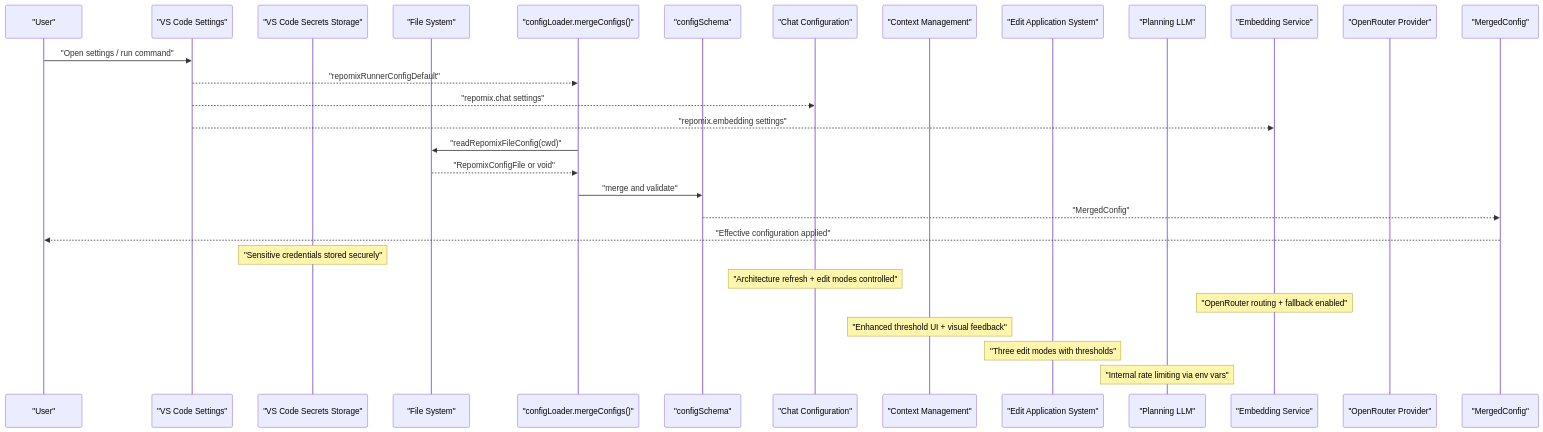
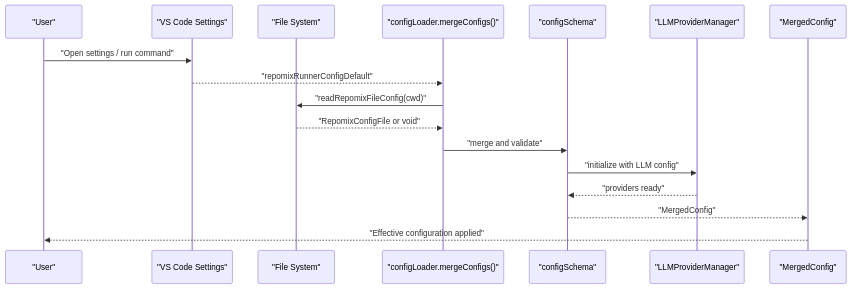
The second of 7 diagrams in .qoder/repowiki/en/content/Configuration Management/Configuration Management.md (bramburn/repomix-runner), drawn with Mermaid before and after one commit. The commit also changed other lines of this file and 41 other files, not shown here.

First line of the commit message:
feat(config): implement auto-generated Qdrant collection names and streamline settings

````diff
--- a/.qoder/repowiki/en/content/Configuration Management/Configuration Management.md
+++ b/.qoder/repowiki/en/content/Configuration Management/Configuration Management.md
@@ -191,31 +150,19 @@
 ```mermaid
 sequenceDiagram
 participant User as "User"
 participant VSCode as "VS Code Settings"
-participant Secrets as "VS Code Secrets Storage"
 participant FS as "File System"
 participant Loader as "configLoader.mergeConfigs()"
 participant Schema as "configSchema"
-participant ChatCfg as "Chat Configuration"
-participant ContextMgr as "Context Management"
-participant EditApplier as "Edit Application System"
-participant Planning as "Planning LLM"
-participant Embedding as "Embedding Service"
-participant OpenRouter as "OpenRouter Provider"
+participant LLM as "LLMProviderManager"
 participant Output as "MergedConfig"
 User->>VSCode : "Open settings / run command"
 VSCode-->>Loader : "repomixRunnerConfigDefault"
-VSCode-->>ChatCfg : "repomix.chat settings"
-VSCode-->>Embedding : "repomix.embedding settings"
 Loader->>FS : "readRepomixFileConfig(cwd)"
 FS-->>Loader : "RepomixConfigFile or void"
 Loader->>Schema : "merge and validate"
+Schema->>LLM : "initialize with LLM config"
+LLM-->>Schema : "providers ready"
 Schema-->>Output : "MergedConfig"
 Output-->>User : "Effective configuration applied"
-Note over Secrets : "Sensitive credentials stored securely"
-Note over ChatCfg : "Architecture refresh + edit modes controlled"
-Note over Embedding : "OpenRouter routing + fallback enabled"
-Note over ContextMgr : "Enhanced threshold UI + visual feedback"
-Note over EditApplier : "Three edit modes with thresholds"
-Note over Planning : "Internal rate limiting via env vars"
 ```
````
